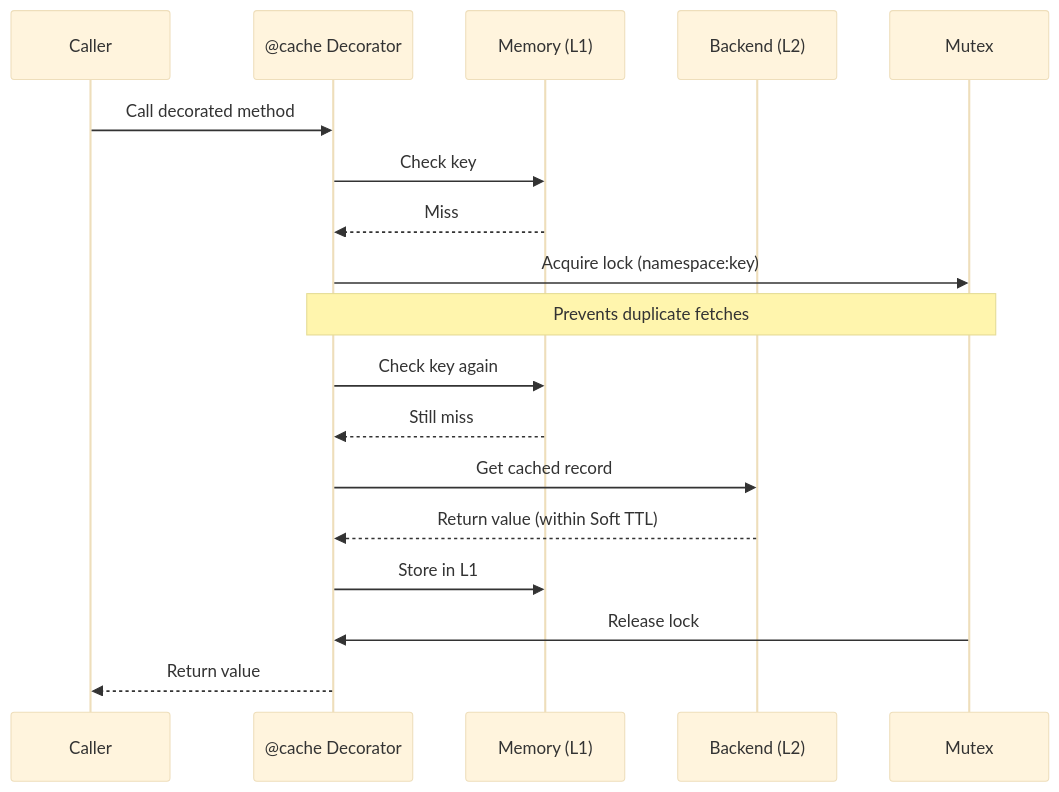
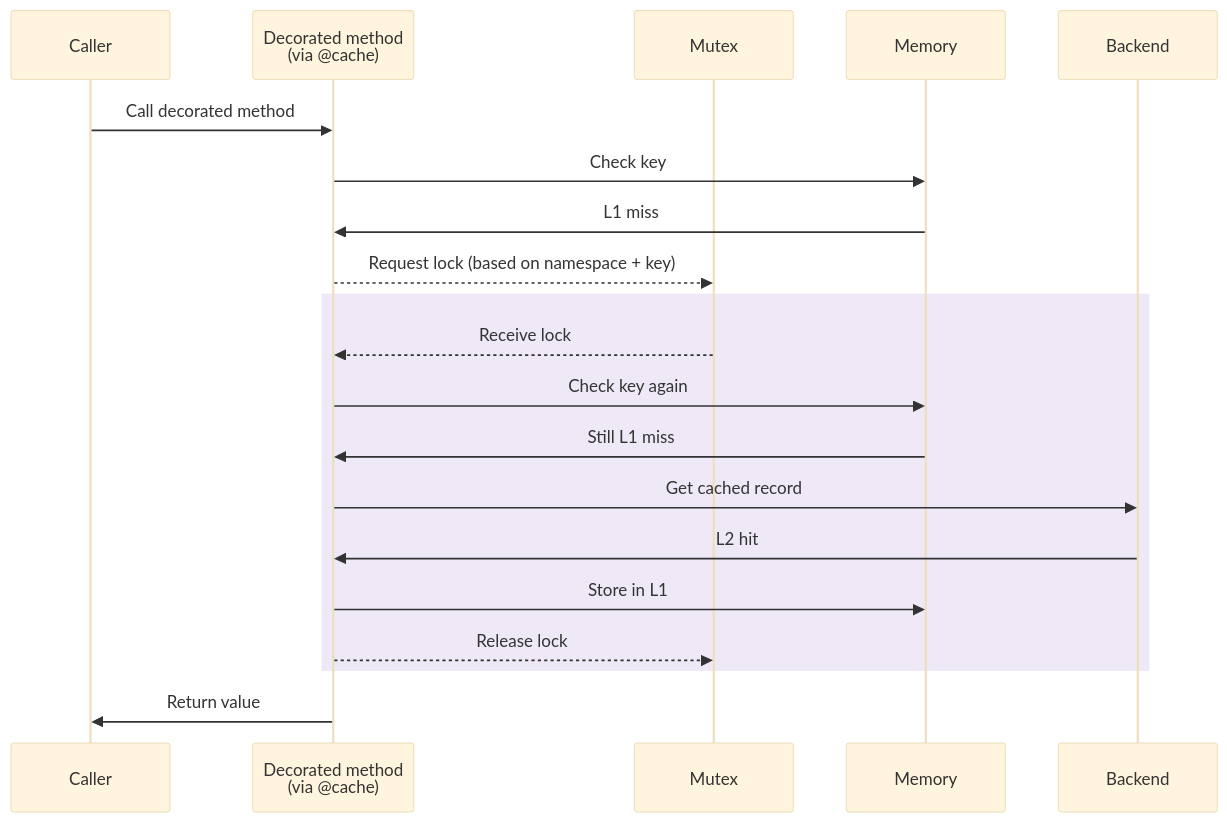
The second of 9 diagrams in lib/util/cache/package/readme.md (renovatebot/renovate), drawn with Mermaid (base theme) before and after one commit. The commit also changed other lines of this file, not shown here.

````diff
--- a/lib/util/cache/package/readme.md
+++ b/lib/util/cache/package/readme.md
@@ -38,24 +38,25 @@
 ```mermaid
 sequenceDiagram
     participant C as Caller
-    participant D as @cache Decorator
-    participant M as Memory (L1)
-    participant B as Backend (L2)
+    participant D as Decorated method <br/>(via @cache)
     participant X as Mutex
+    participant L1 as Memory
+    participant L2 as Backend
 
     C->>D: Call decorated method
-    D->>M: Check key
-    M-->>D: Miss
+    D->>L1: Check key
+    L1->>D: L1 miss
 
-    D->>X: Acquire lock (namespace:key)
-    Note over D,X: Prevents duplicate fetches
+    D-->>X: Request lock (based on namespace + key)
+    rect rgba(150, 100, 200, 0.15)
+        X-->>D: Receive lock
+        D->>L1: Check key again
+        L1->>D: Still L1 miss
 
-    D->>M: Check key again
-    M-->>D: Still miss
-
-    D->>B: Get cached record
-    B-->>D: Return value (within Soft TTL)
-    D->>M: Store in L1
-    X->>D: Release lock
-    D-->>C: Return value
+        D->>L2: Get cached record
+        L2->>D: L2 hit
+        D->>L1: Store in L1
+        D-->>X: Release lock
+    end
+    D->>C: Return value
 ```
````
